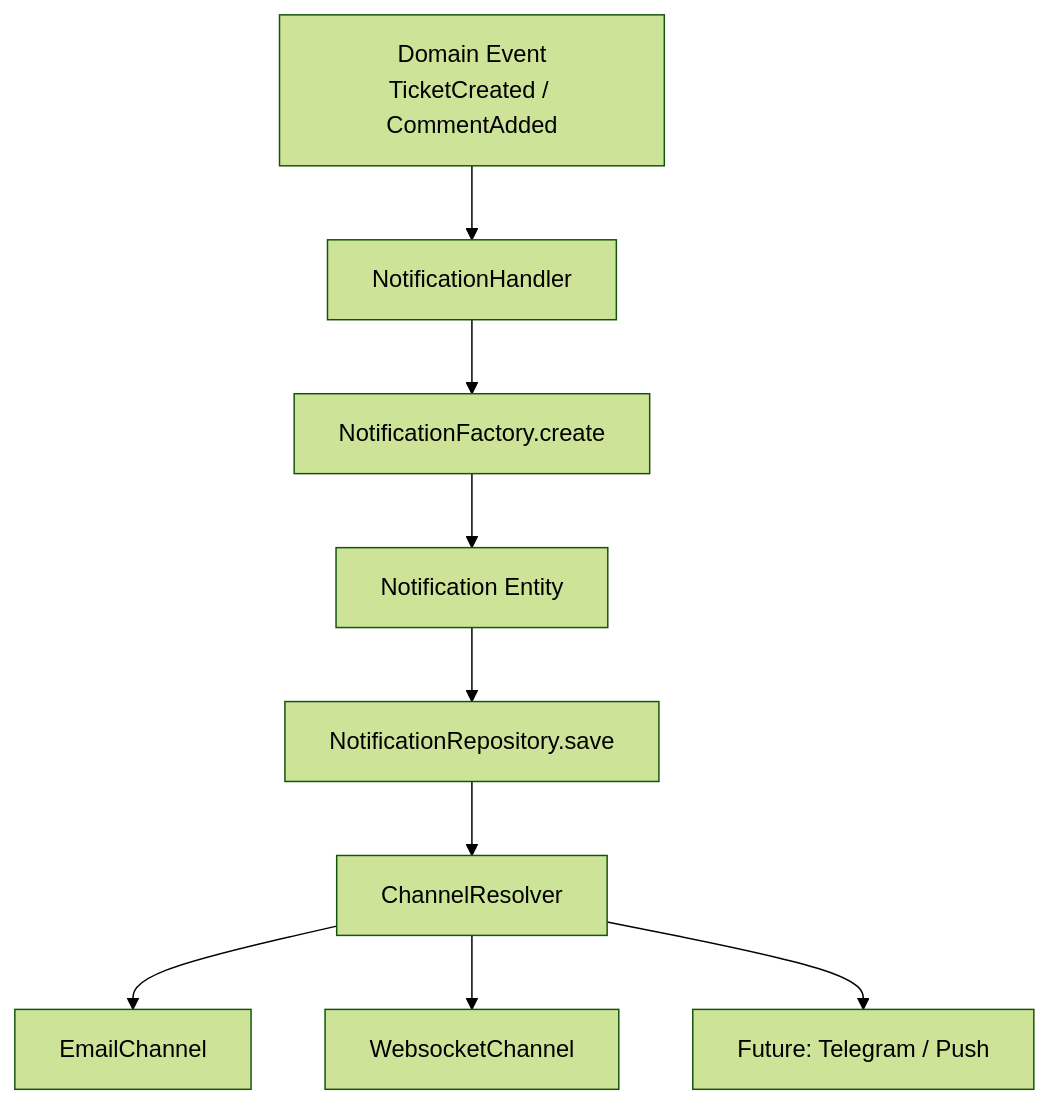
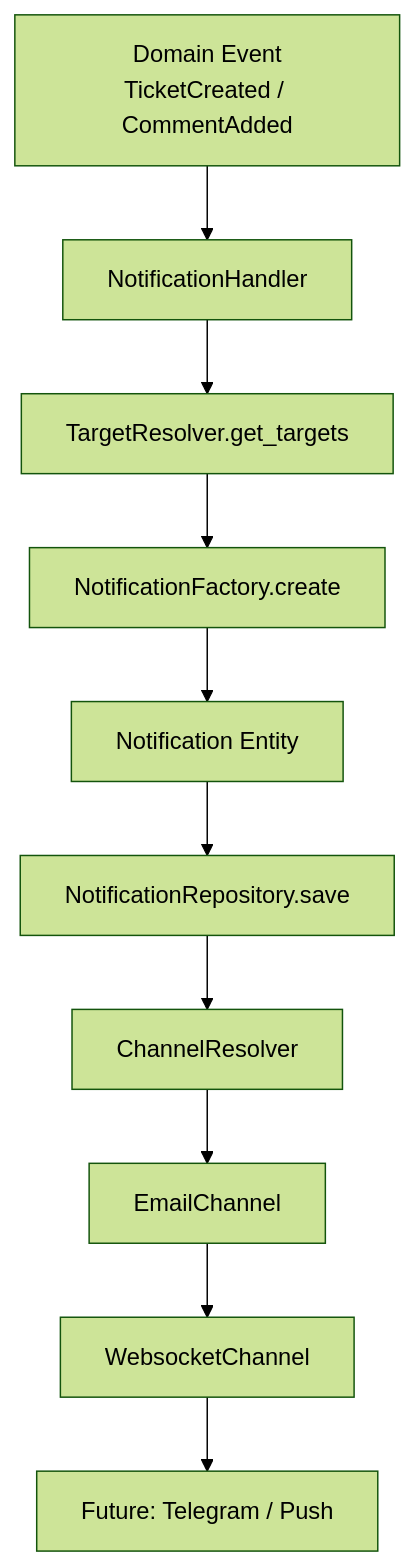
One commit to Andr171p/diocon-tickets changed the diagram in backend/docs/notifications_implementation.md. Above: the diagram before and after it, drawn with Mermaid (forest theme). The commit also changed 38 other files, not shown here.

````diff
--- a/backend/docs/notifications_implementation.md
+++ b/backend/docs/notifications_implementation.md
@@ -5,11 +5,12 @@
 ```mermaid
 graph TD
     A[Domain Event<br/>TicketCreated / CommentAdded] --> B[NotificationHandler]
-    B --> C[NotificationFactory.create]
-    C --> D[Notification Entity]
-    D --> E[NotificationRepository.save]
-    E --> F[ChannelResolver]
-    F --> G[EmailChannel]
-    F --> H[WebsocketChannel]
-    F --> I[Future: Telegram / Push]
+    B --> C[TargetResolver.get_targets]
+    C --> D[NotificationFactory.create]
+    D --> E[Notification Entity]
+    E --> F[NotificationRepository.save]
+    F --> G[ChannelResolver]
+    G --> H[EmailChannel]
+    H --> I[WebsocketChannel]
+    I --> J[Future: Telegram / Push]
 ```
````
